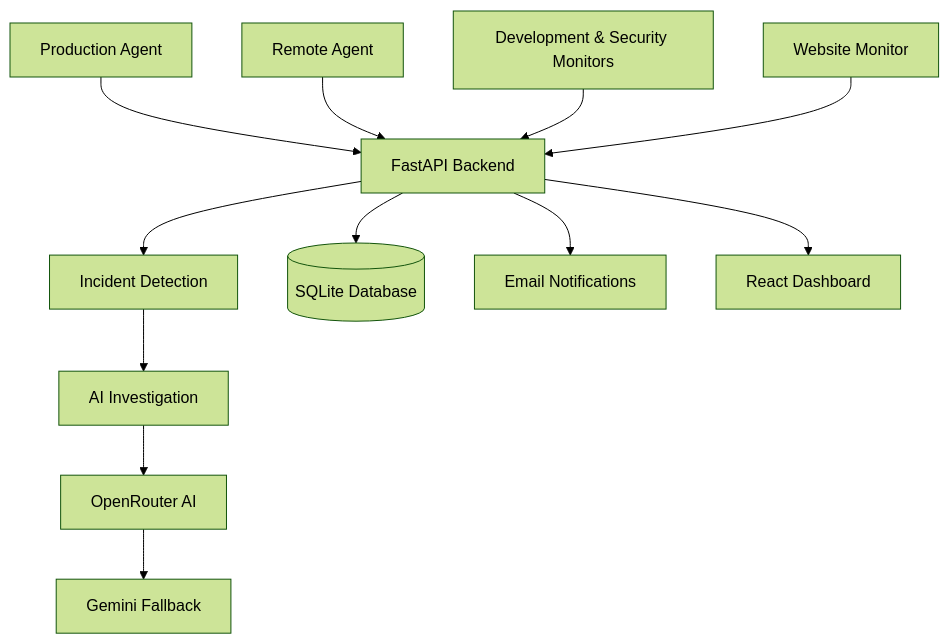
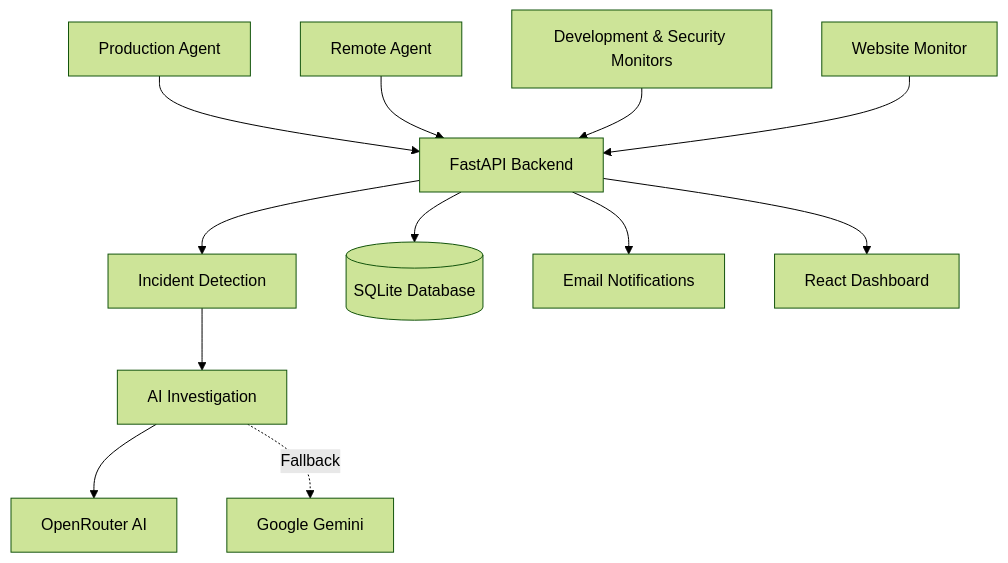
The diagram in README.md (ADITHYASHETTY250/SentinelAI-MultiAgent), drawn with Mermaid (forest theme) before and after one commit. The commit also changed other lines of this file, not shown here.

Commit message:
Fix Mermaid architecture diagram rendering

````diff
--- a/README.md
+++ b/README.md
@@ -20,14 +22,17 @@
 ```mermaid
 flowchart TD
     A[Production Agent] --> D[FastAPI Backend]
     B[Remote Agent] --> D
     C[Development & Security Monitors] --> D
     E[Website Monitor] --> D
+
     D --> F[Incident Detection]
     F --> G[AI Investigation]
+
     G --> H[OpenRouter AI]
-    H --> I[Gemini Fallback]
+    G -. Fallback .-> I[Google Gemini]
+
     D --> J[(SQLite Database)]
     D --> K[Email Notifications]
     D --> L[React Dashboard]
 ```
````
